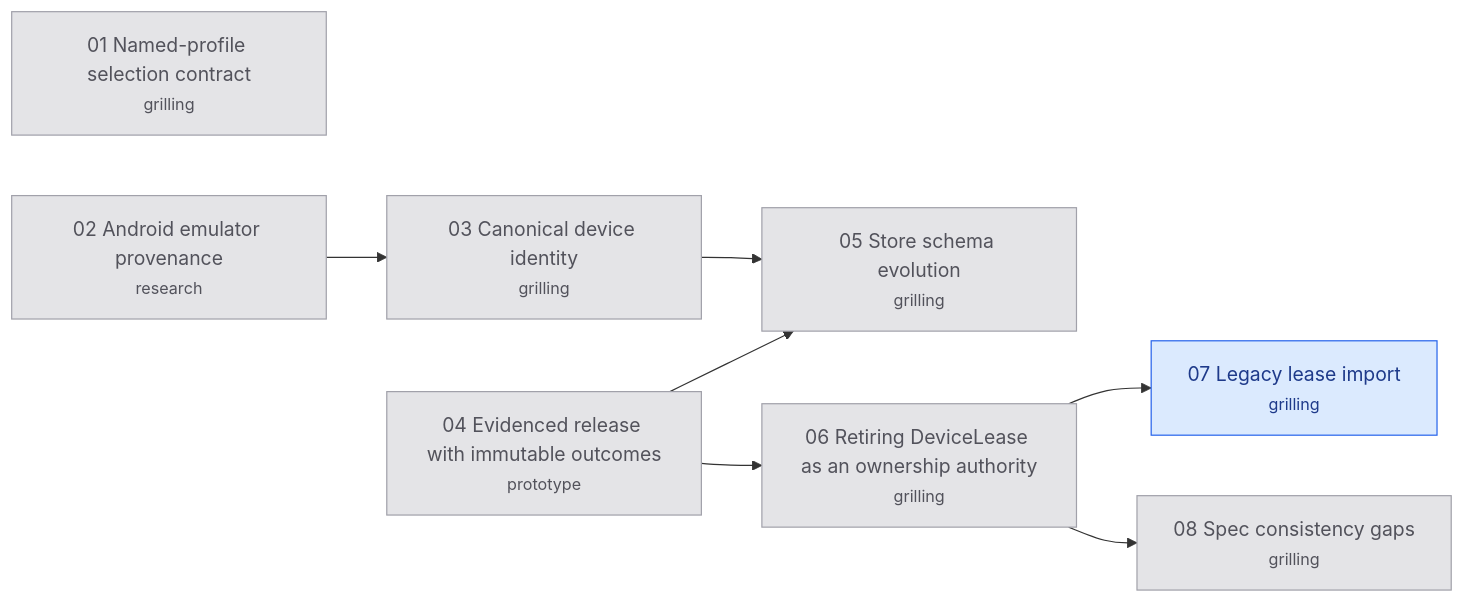
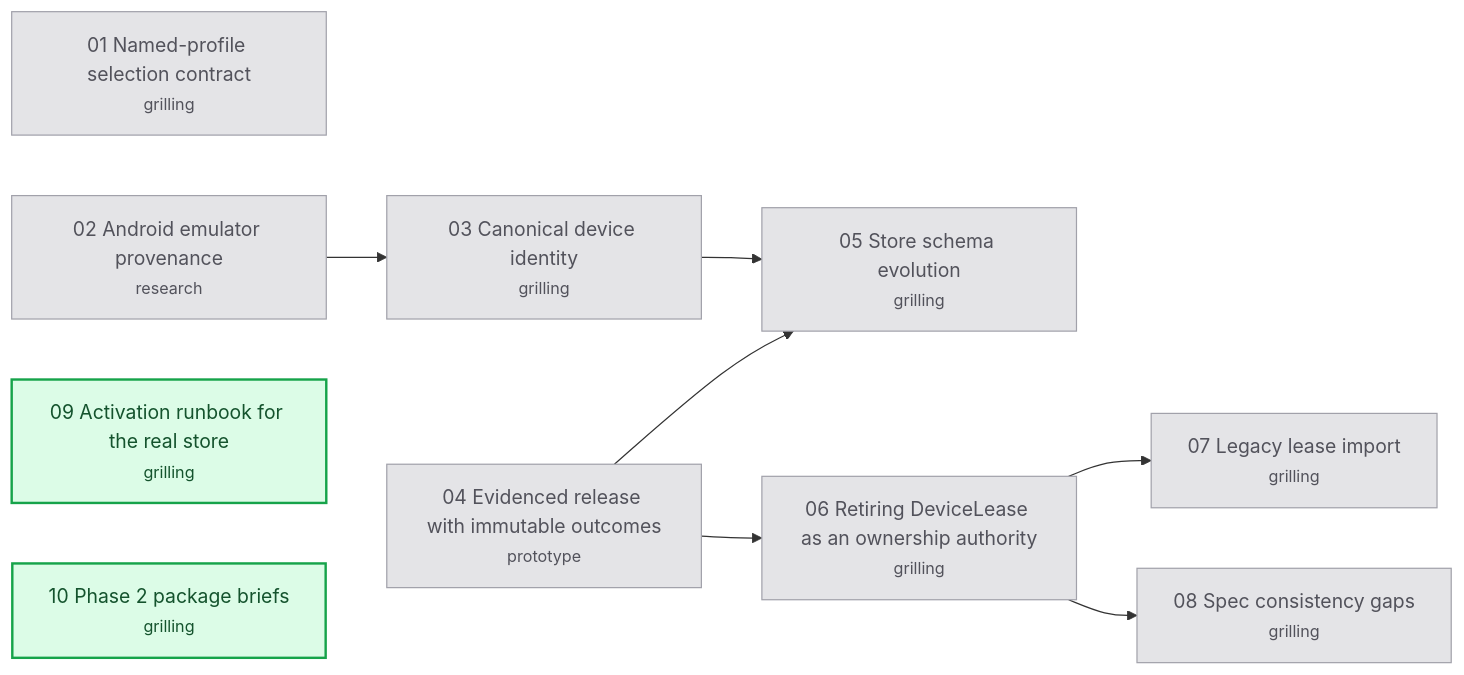
One commit to hugues-vnsgn/jev-ios-bridge changed the diagram in .scratch/appium-phase2/map.md. Above: the diagram before and after it, drawn with Mermaid. The commit also changed other lines of this file and 5 other files, not shown here.

````diff
--- a/.scratch/appium-phase2/map.md
+++ b/.scratch/appium-phase2/map.md
@@ -44,23 +45,25 @@
 ```mermaid
 flowchart LR
     T01["01 Named-profile selection contract<br/><small>grilling</small>"]
     T02["02 Android emulator provenance<br/><small>research</small>"]
     T03["03 Canonical device identity<br/><small>grilling</small>"]
     T04["04 Evidenced release with immutable outcomes<br/><small>prototype</small>"]
     T05["05 Store schema evolution<br/><small>grilling</small>"]
     T06["06 Retiring DeviceLease as an ownership authority<br/><small>grilling</small>"]
     T07["07 Legacy lease import<br/><small>grilling</small>"]
     T08["08 Spec consistency gaps<br/><small>grilling</small>"]
+    T09["09 Activation runbook for the real store<br/><small>grilling</small>"]
+    T10["10 Phase 2 package briefs<br/><small>grilling</small>"]
     T02 --> T03
     T03 --> T05
     T04 --> T05
     T04 --> T06
     T06 --> T07
     T06 --> T08
     classDef resolved fill:#e4e4e7,stroke:#a1a1aa,color:#52525b
     classDef claimed fill:#dbeafe,stroke:#2563eb,color:#1e3a8a
     classDef frontier fill:#dcfce7,stroke:#16a34a,color:#14532d,stroke-width:2px
     classDef blocked fill:#ffffff,stroke:#a1a1aa,color:#18181b
-    class T01,T02,T03,T04,T05,T06,T08 resolved
-    class T07 claimed
+    class T01,T02,T03,T04,T05,T06,T07,T08 resolved
+    class T09,T10 frontier
 ```
````
